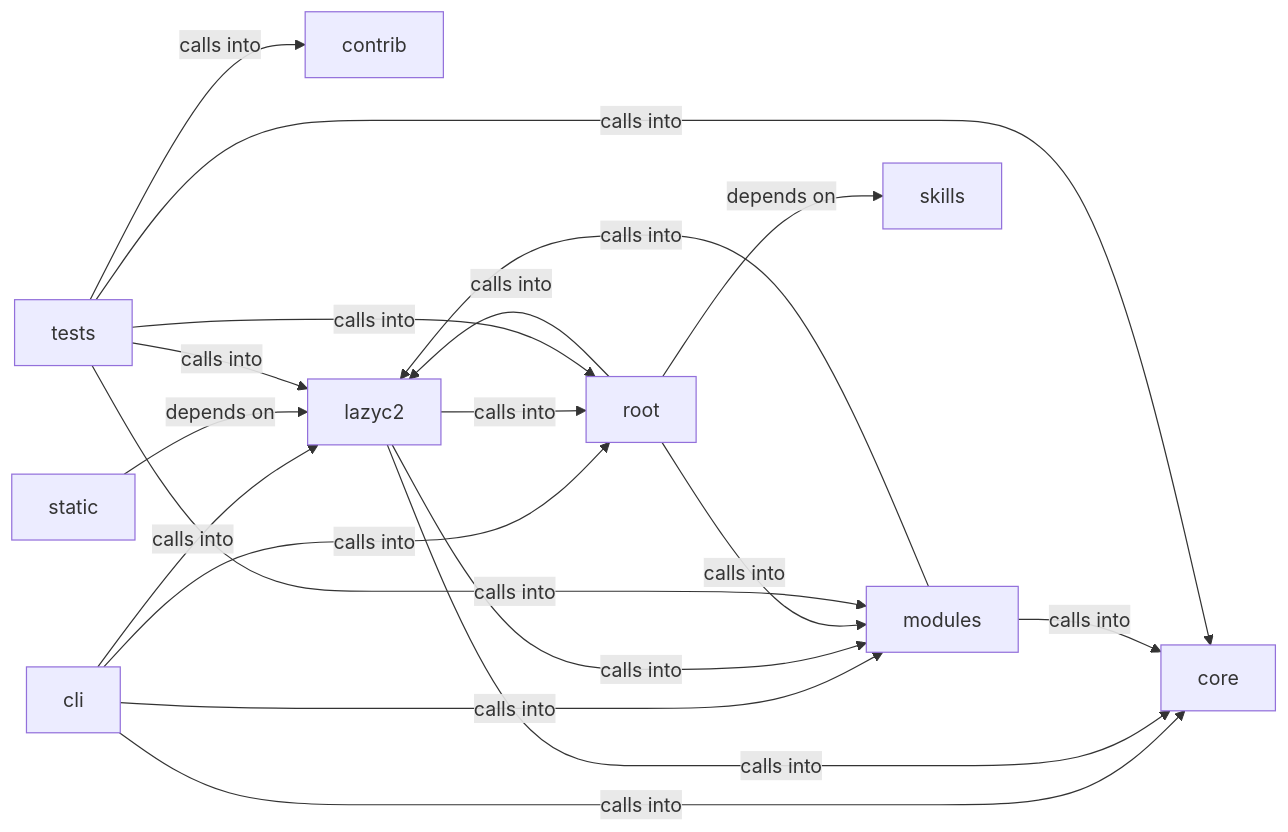
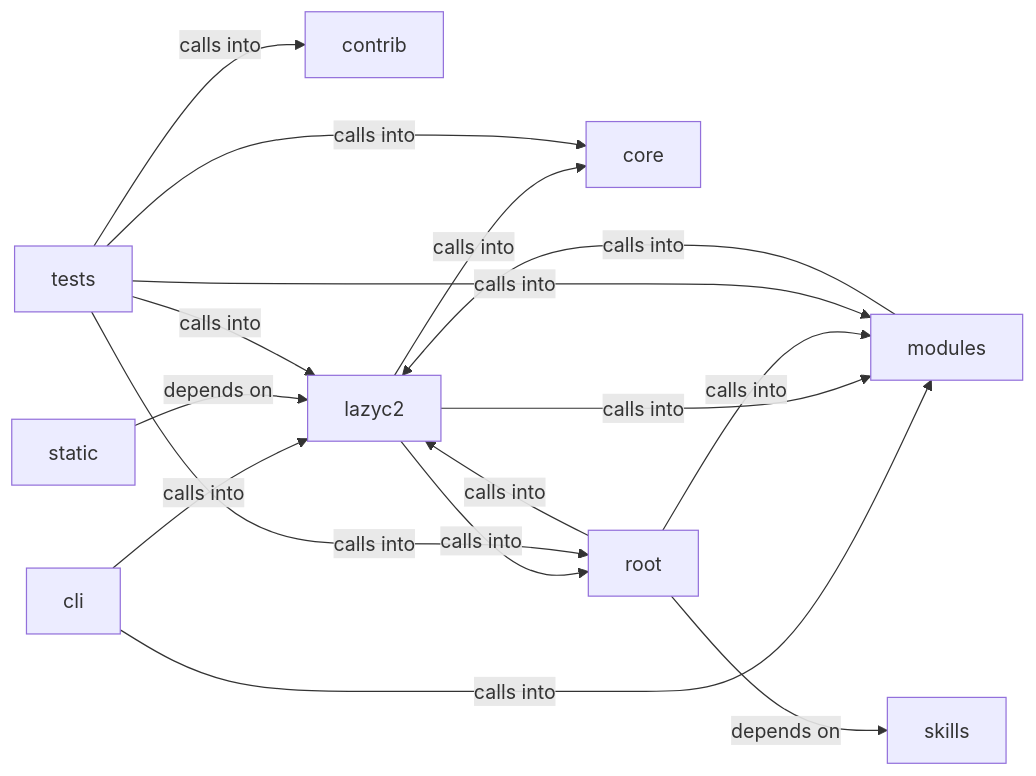
One commit to grisuno/LazyOwn changed the diagram in readmenator-diagrams/modules_lazyc2.md. Above: the diagram before and after it, drawn with Mermaid. The commit also changed other lines of this file and 258 other files, not shown here.

````diff
--- a/readmenator-diagrams/modules_lazyc2.md
+++ b/readmenator-diagrams/modules_lazyc2.md
@@ -5,30 +5,27 @@
 ```mermaid
 graph LR
     cli["cli"]
     contrib["contrib"]
     core["core"]
     lazyc2["lazyc2"]
     modules["modules"]
     root["root"]
     skills["skills"]
     static["static"]
     tests["tests"]
-    cli -- "calls into" --> core
     cli -- "calls into" --> lazyc2
     cli -- "calls into" --> modules
-    cli -- "calls into" --> root
     lazyc2 -- "calls into" --> core
     lazyc2 -- "calls into" --> modules
     lazyc2 -- "calls into" --> root
-    modules -- "calls into" --> core
     modules -- "calls into" --> lazyc2
     root -- "calls into" --> lazyc2
     root -- "calls into" --> modules
     root -- "depends on" --> skills
     static -- "depends on" --> lazyc2
     tests -- "calls into" --> contrib
     tests -- "calls into" --> core
     tests -- "calls into" --> lazyc2
     tests -- "calls into" --> modules
     tests -- "calls into" --> root
 ```
````
